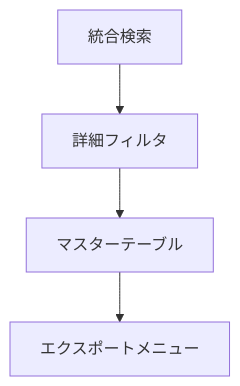
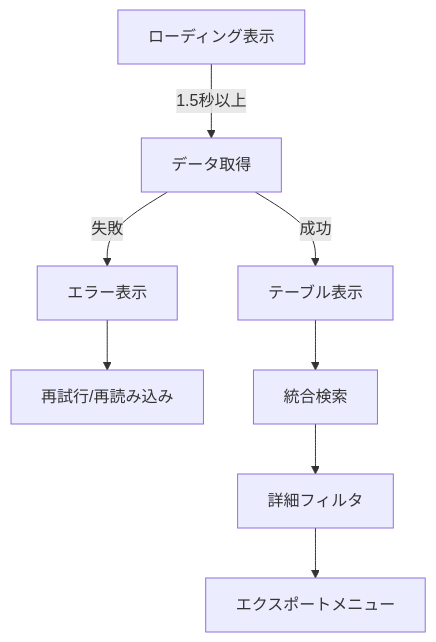
The diagram in Doc/WebUI_仕様書_GetAllBasicData.md (Kensan196948G/OneDriveforBusinessManagementSystem), drawn with Mermaid before and after one commit. The commit also changed other lines of this file and 6 other files, not shown here.

````diff
--- a/Doc/WebUI_仕様書_GetAllBasicData.md
+++ b/Doc/WebUI_仕様書_GetAllBasicData.md
@@ -13,6 +15,10 @@
 ```mermaid
 graph TD
-    A[統合検索] --> B[詳細フィルタ]
-    B --> C[マスターテーブル]
-    C --> D[エクスポートメニュー]
+    A[ローディング表示] -->|1.5秒以上| B[データ取得]
+    B -->|成功| C[テーブル表示]
+    B -->|失敗| D[エラー表示]
+    D --> E[再試行/再読み込み]
+    C --> F[統合検索]
+    F --> G[詳細フィルタ]
+    G --> H[エクスポートメニュー]
 ```
````
